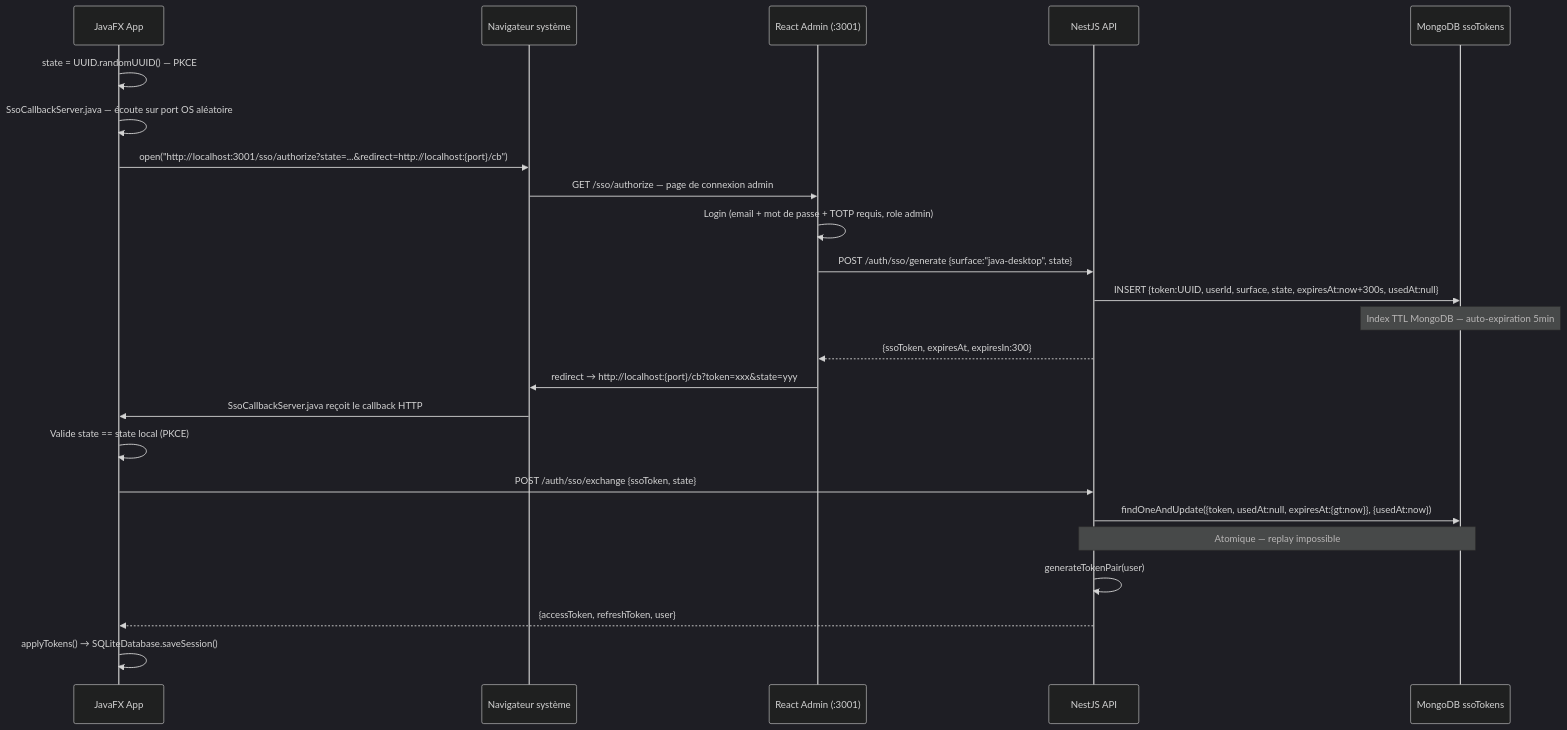
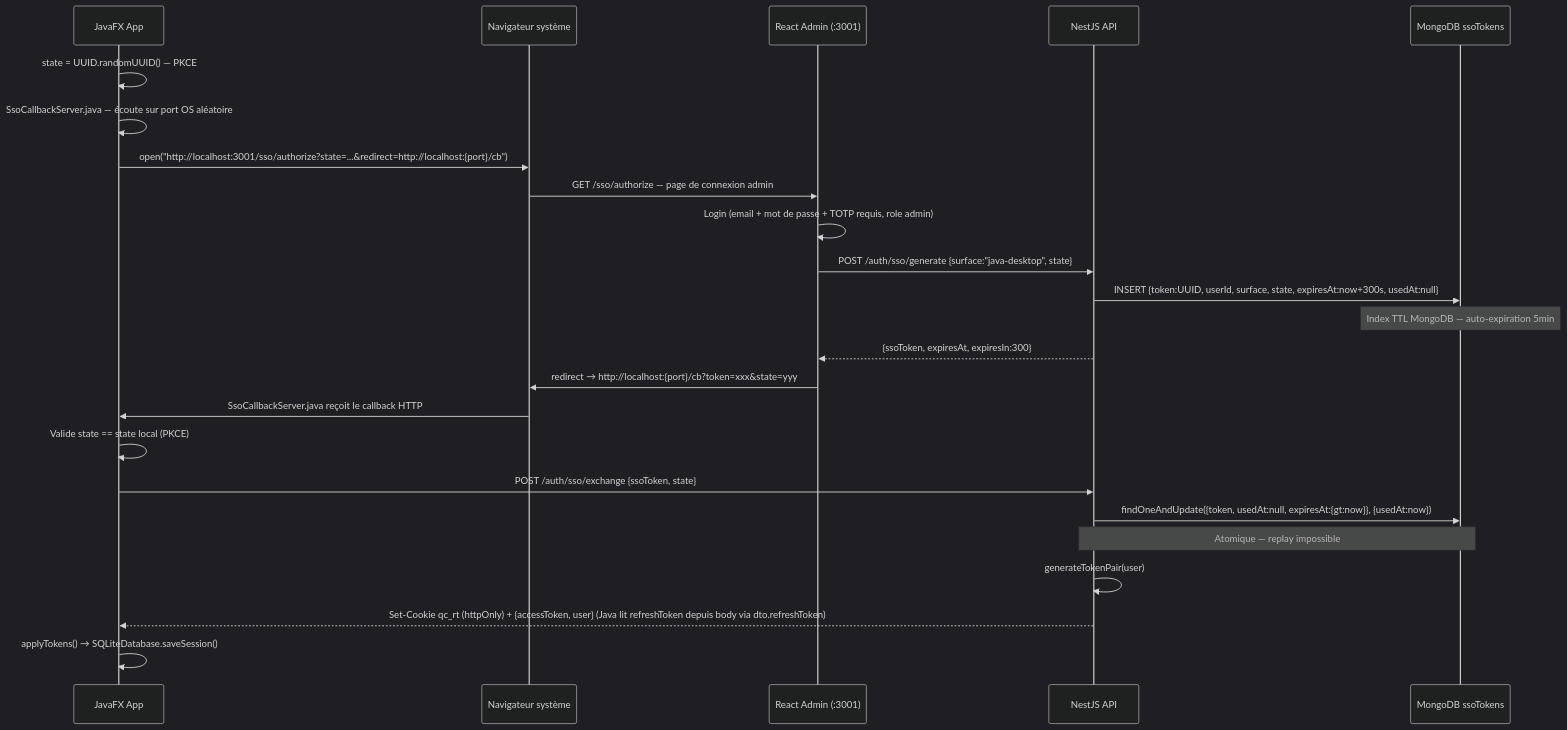
The fifth of 16 diagrams in docs/ARCHITECTURE.md (creibaud/QuartierConnect), drawn with Mermaid (dark theme) before and after one commit. The commit also changed other lines of this file and 28 other files, not shown here.

First line of the commit message:
feat(auth): implement access token revocation and management

````diff
--- a/docs/ARCHITECTURE.md
+++ b/docs/ARCHITECTURE.md
@@ -211,27 +201,27 @@
 ```mermaid
 sequenceDiagram
     participant Java as JavaFX App
     participant Browser as Navigateur système
     participant Admin as React Admin (:3001)
     participant API as NestJS API
     participant Mongo as MongoDB ssoTokens
 
     Java->>Java: state = UUID.randomUUID() — PKCE
     Java->>Java: SsoCallbackServer.java — écoute sur port OS aléatoire
     Java->>Browser: open("http://localhost:3001/sso/authorize?state=...&redirect=http://localhost:{port}/cb")
     Browser->>Admin: GET /sso/authorize — page de connexion admin
     Admin->>Admin: Login (email + mot de passe + TOTP requis, role admin)
     Admin->>API: POST /auth/sso/generate {surface:"java-desktop", state}
     API->>Mongo: INSERT {token:UUID, userId, surface, state, expiresAt:now+300s, usedAt:null}
     Note over Mongo: Index TTL MongoDB — auto-expiration 5min
     API-->>Admin: {ssoToken, expiresAt, expiresIn:300}
     Admin->>Browser: redirect → http://localhost:{port}/cb?token=xxx&state=yyy
     Browser->>Java: SsoCallbackServer.java reçoit le callback HTTP
     Java->>Java: Valide state == state local (PKCE)
     Java->>API: POST /auth/sso/exchange {ssoToken, state}
     API->>Mongo: findOneAndUpdate({token, usedAt:null, expiresAt:{gt:now}}, {usedAt:now})
     Note over API,Mongo: Atomique — replay impossible
     API->>API: generateTokenPair(user)
-    API-->>Java: {accessToken, refreshToken, user}
+    API-->>Java: Set-Cookie qc_rt (httpOnly) + {accessToken, user} (Java lit refreshToken depuis body via dto.refreshToken)
     Java->>Java: applyTokens() → SQLiteDatabase.saveSession()
 ```
````
